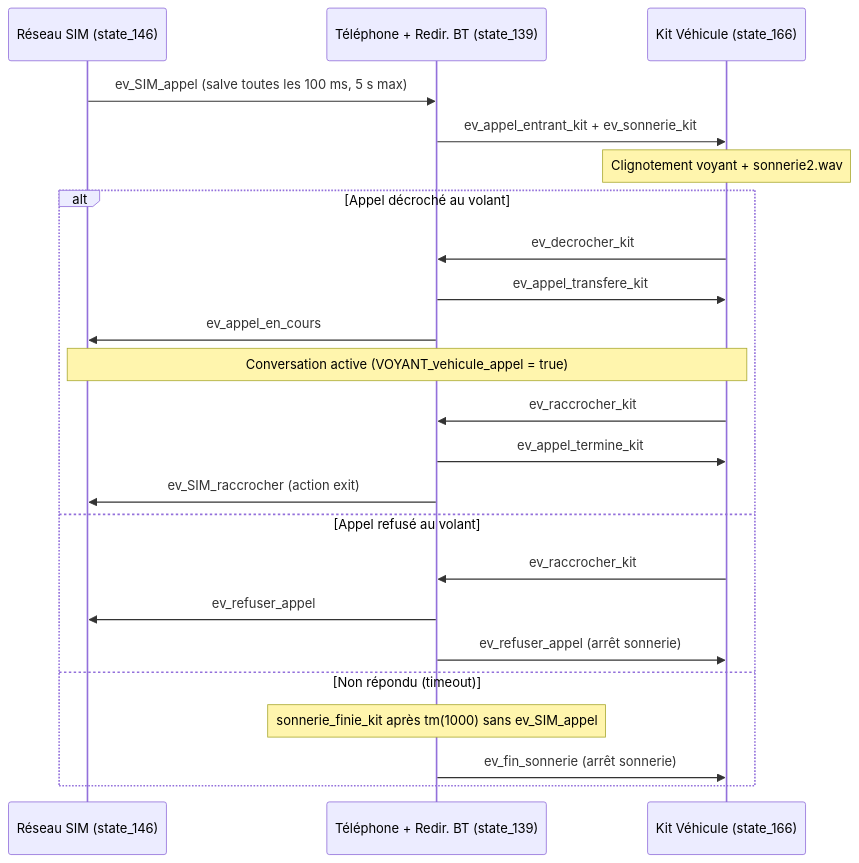
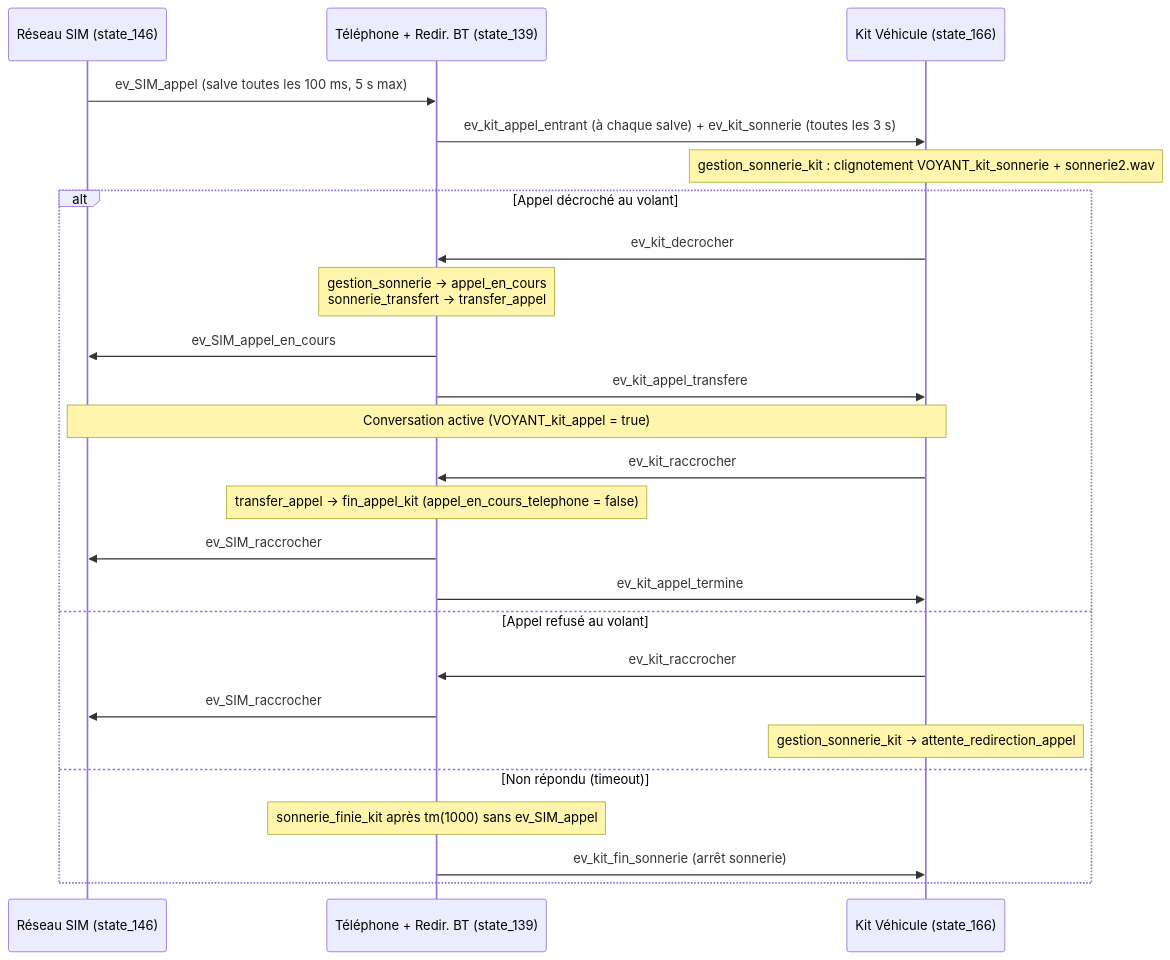
One commit to benoitdekeyn/E4SE_TD_TP changed the fifth of 9 diagrams in systemes_evenements_discrets/Rapport/Rapport.md. Above: the diagram before and after it, drawn with Mermaid. The commit also changed other lines of this file and 1 other file, not shown here.

````diff
--- a/systemes_evenements_discrets/Rapport/Rapport.md
+++ b/systemes_evenements_discrets/Rapport/Rapport.md
@@ -713,27 +775,29 @@
 ```mermaid
 sequenceDiagram
     participant SIM as Réseau SIM (state_146)
     participant Tel as Téléphone + Redir. BT (state_139)
     participant Kit as Kit Véhicule (state_166)
 
     SIM->>Tel: ev_SIM_appel (salve toutes les 100 ms, 5 s max)
-    Tel->>Kit: ev_appel_entrant_kit + ev_sonnerie_kit
-    Note over Kit: Clignotement voyant + sonnerie2.wav
+    Tel->>Kit: ev_kit_appel_entrant (à chaque salve) + ev_kit_sonnerie (toutes les 3 s)
+    Note over Kit: gestion_sonnerie_kit : clignotement VOYANT_kit_sonnerie + sonnerie2.wav
 
     alt Appel décroché au volant
-        Kit->>Tel: ev_decrocher_kit
-        Tel->>Kit: ev_appel_transfere_kit
-        Tel->>SIM: ev_appel_en_cours
-        Note over SIM,Kit: Conversation active (VOYANT_vehicule_appel = true)
-        Kit->>Tel: ev_raccrocher_kit
-        Tel->>Kit: ev_appel_termine_kit
-        Tel->>SIM: ev_SIM_raccrocher (action exit)
+        Kit->>Tel: ev_kit_decrocher
+        Note over Tel: gestion_sonnerie → appel_en_cours<br/>sonnerie_transfert → transfer_appel
+        Tel->>SIM: ev_SIM_appel_en_cours
+        Tel->>Kit: ev_kit_appel_transfere
+        Note over SIM,Kit: Conversation active (VOYANT_kit_appel = true)
+        Kit->>Tel: ev_kit_raccrocher
+        Note over Tel: transfer_appel → fin_appel_kit (appel_en_cours_telephone = false)
+        Tel->>SIM: ev_SIM_raccrocher
+        Tel->>Kit: ev_kit_appel_termine
     else Appel refusé au volant
-        Kit->>Tel: ev_raccrocher_kit
-        Tel->>SIM: ev_refuser_appel
-        Tel->>Kit: ev_refuser_appel (arrêt sonnerie)
+        Kit->>Tel: ev_kit_raccrocher
+        Tel->>SIM: ev_SIM_raccrocher
+        Note over Kit: gestion_sonnerie_kit → attente_redirection_appel
     else Non répondu (timeout)
         Note over Tel: sonnerie_finie_kit après tm(1000) sans ev_SIM_appel
-        Tel->>Kit: ev_fin_sonnerie (arrêt sonnerie)
+        Tel->>Kit: ev_kit_fin_sonnerie (arrêt sonnerie)
     end
 ```
````
